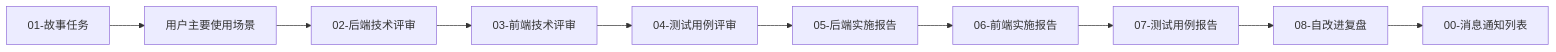
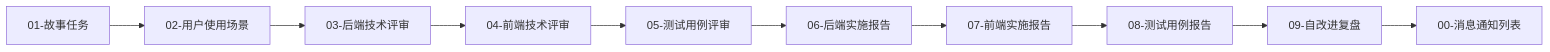
One commit to effiy/YrY changed the second of 12 diagrams in skills/rui/formulas.md. Above: the diagram before and after it, drawn with Mermaid. The commit also changed other lines of this file and 11 other files, not shown here.

````diff
--- a/skills/rui/formulas.md
+++ b/skills/rui/formulas.md
@@ -63,12 +63,12 @@
 ```mermaid
 flowchart LR
-    01["01-故事任务"] --> US["用户主要使用场景"]
-    US --> 02["02-后端技术评审"]
-    02 --> 03["03-前端技术评审"]
-    03 --> 04["04-测试用例评审"]
-    04 --> 05["05-后端实施报告"]
-    05 --> 06["06-前端实施报告"]
-    06 --> 07["07-测试用例报告"]
-    07 --> 08["08-自改进复盘"]
-    08 --> 00["00-消息通知列表"]
+    01["01-故事任务"] --> 02["02-用户使用场景"]
+    02 --> 03["03-后端技术评审"]
+    03 --> 04["04-前端技术评审"]
+    04 --> 05["05-测试用例评审"]
+    05 --> 06["06-后端实施报告"]
+    06 --> 07["07-前端实施报告"]
+    07 --> 08["08-测试用例报告"]
+    08 --> 09["09-自改进复盘"]
+    09 --> 00["00-消息通知列表"]
 ```
````
